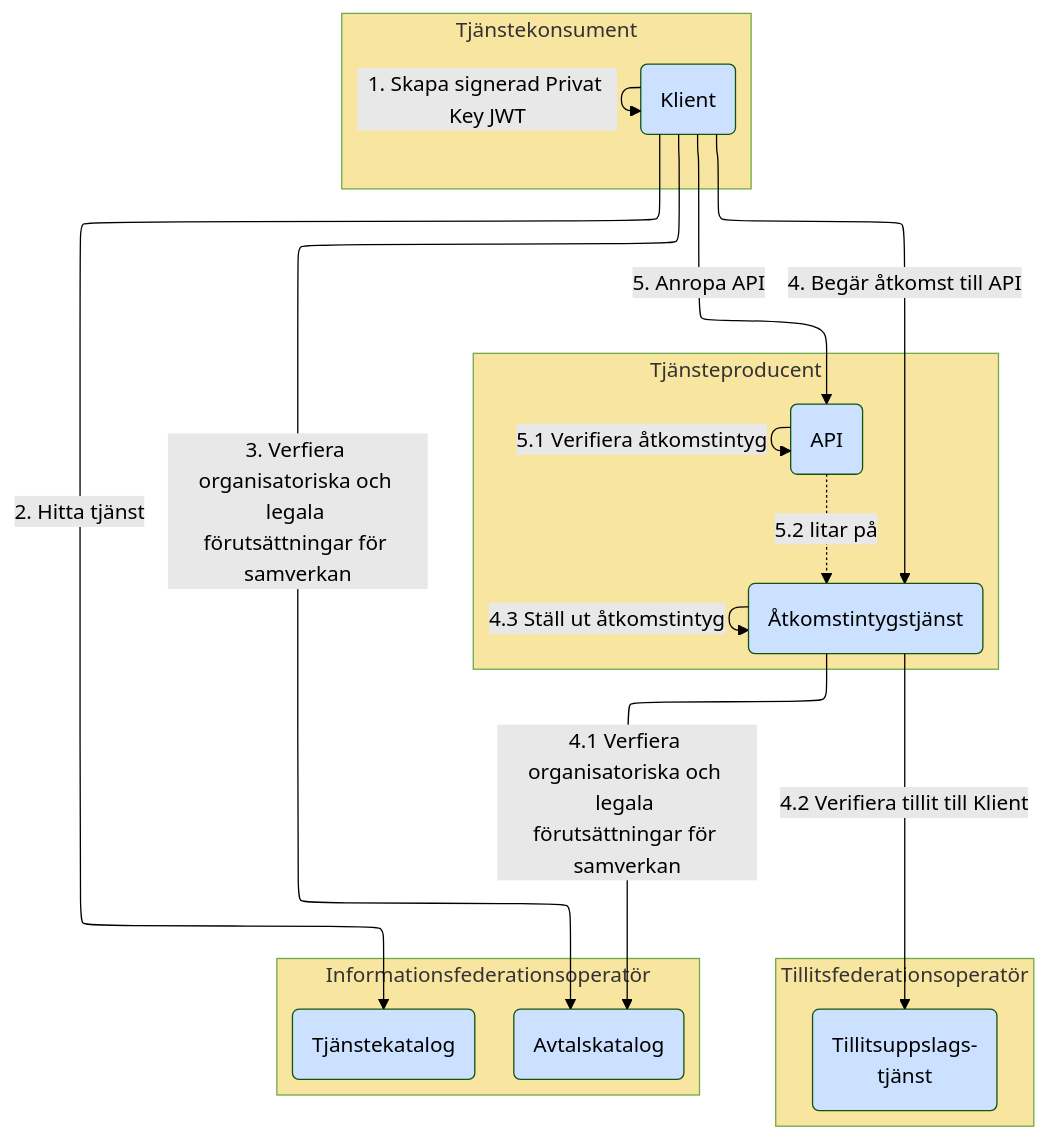
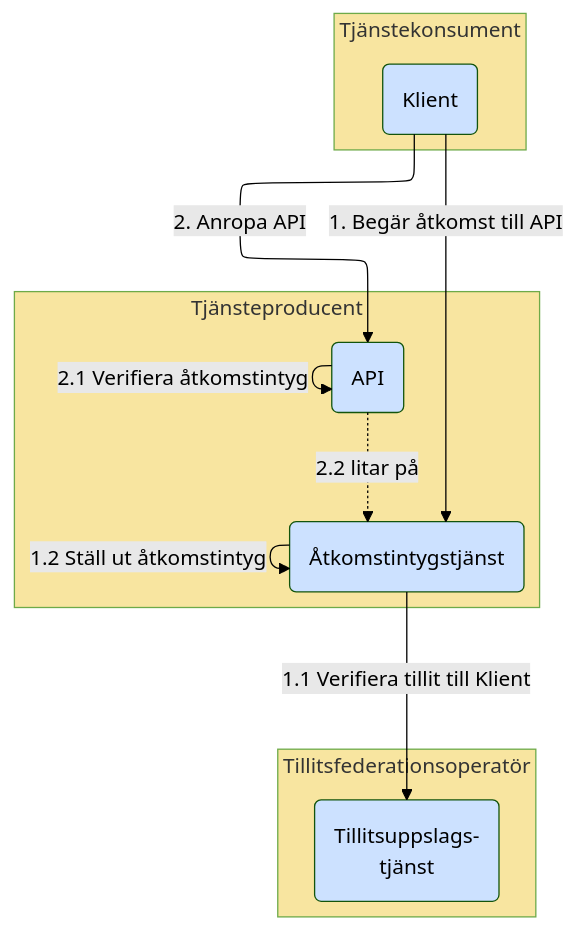
One commit to diggsweden/ena-authorization changed the third of 10 diagrams in architecture/drafts/IAM_TargetArchitecture_Sweden.md. Above: the diagram before and after it, drawn with Mermaid (forest theme). The commit also changed other lines of this file, not shown here.

````diff
--- a/architecture/drafts/IAM_TargetArchitecture_Sweden.md
+++ b/architecture/drafts/IAM_TargetArchitecture_Sweden.md
@@ -75,40 +97,30 @@
 ```mermaid
 %%{init: {"flowchart": {"defaultRenderer": "elk"}} }%%
 graph 
 classDef org fill:#F8E5A0
 classDef comp fill:#CCE1FF
 classDef box fill:#ffffff,stroke:#000000
 
 subgraph po[Tjänsteproducent]
     p(API):::comp
     as(Åtkomstintygstjänst):::comp
 end
 po:::org
 
 subgraph ss[Tillitsfederationsoperatör]
     t(Tillitsuppslags-<br>tjänst):::comp
 end
 ss:::org
 
-subgraph so[Informationsfederationsoperatör]
-    tk(Tjänstekatalog):::comp
-    ak(Avtalskatalog):::comp
-end
-so:::org
-
 subgraph co[Tjänstekonsument]
     c(Klient):::comp
 end
 co:::org
 
-c--<p>1. Skapa signerad Privat Key JWT-->c
-c--<p>2. Hitta tjänst-->tk
-c--<p>3. Verfiera organisatoriska och legala <br>förutsättningar för samverkan-->ak
-c--<p>4. Begär åtkomst till API-->as
-as--<p>4.1 Verfiera organisatoriska och legala <br>förutsättningar för samverkan-->ak
-as--<p>4.2 Verifiera tillit till Klient-->t
-as--<p>4.3 Ställ ut åtkomstintyg-->as
-c--<p>5. Anropa API-->p
-p-- 5.1 Verifiera åtkomstintyg-->p
-p-. 5#46;2 litar på.->as
+c--<p>1. Begär åtkomst till API-->as
+as--<p>1.1 Verifiera tillit till Klient-->t
+as--<p>1.2 Ställ ut åtkomstintyg-->as
+c--<p>2. Anropa API-->p
+p-- 2.1 Verifiera åtkomstintyg-->p
+p-. 2#46;2 litar på.->as
 ```
````
